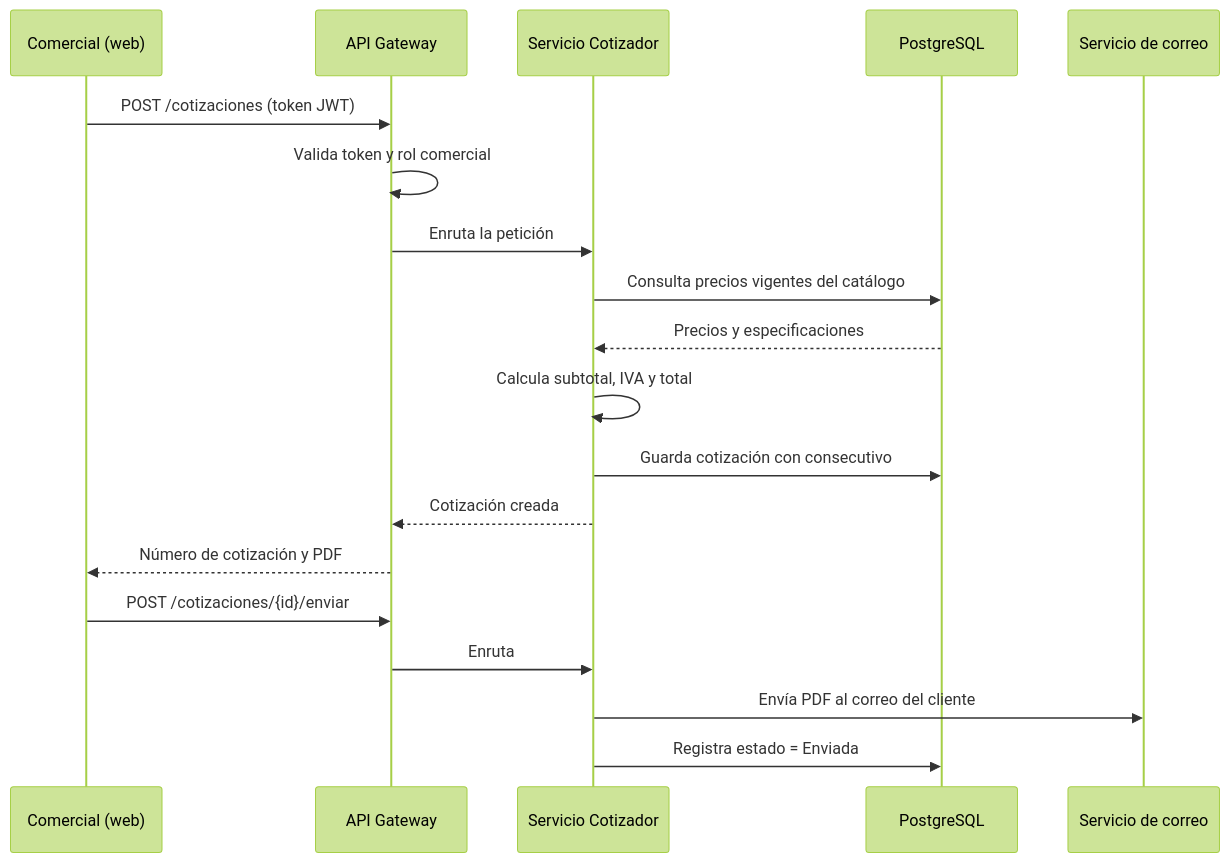
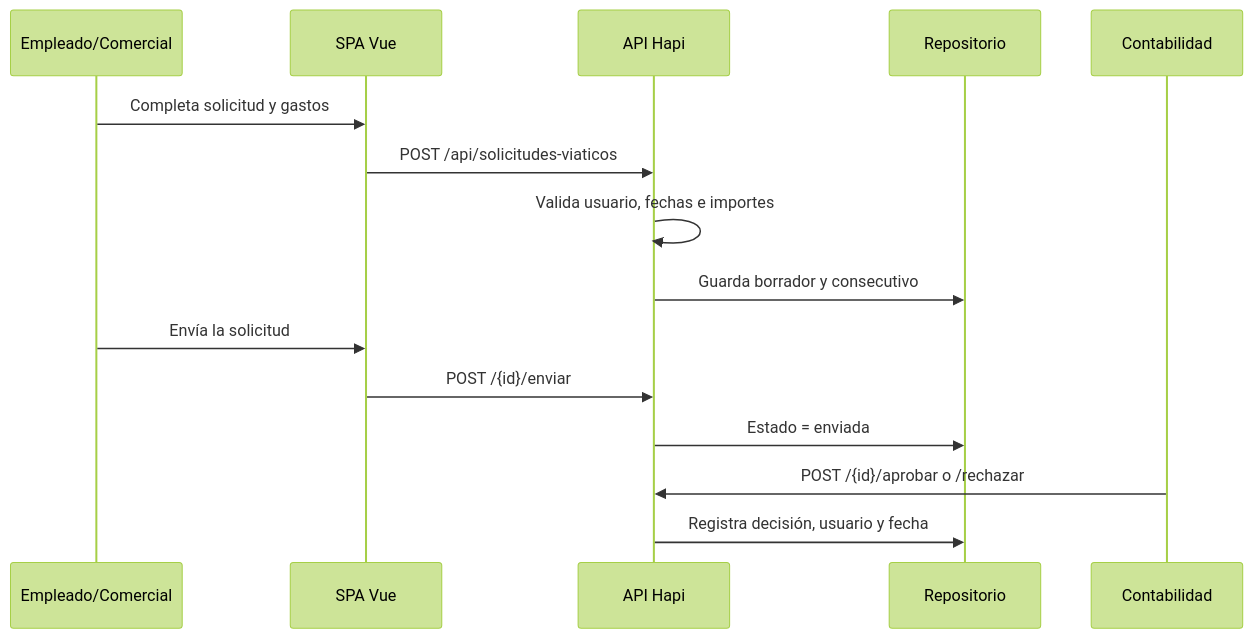
One commit to jdj40211/GalcoProyecto2 changed the second of 2 diagrams in docs/wiki/08-Arquitectura.md. Above: the diagram before and after it, drawn with Mermaid (forest theme). The commit also changed other lines of this file and 125 other files, not shown here.

````diff
--- a/docs/wiki/08-Arquitectura.md
+++ b/docs/wiki/08-Arquitectura.md
@@ -104,23 +69,17 @@
 ```mermaid
 sequenceDiagram
-    participant C as Comercial (web)
-    participant G as API Gateway
-    participant S as Servicio Cotizador
-    participant D as PostgreSQL
-    participant E as Servicio de correo
-
-    C->>G: POST /cotizaciones (token JWT)
-    G->>G: Valida token y rol comercial
-    G->>S: Enruta la petición
-    S->>D: Consulta precios vigentes del catálogo
-    D-->>S: Precios y especificaciones
-    S->>S: Calcula subtotal, IVA y total
-    S->>D: Guarda cotización con consecutivo
-    S-->>G: Cotización creada
-    G-->>C: Número de cotización y PDF
-
-    C->>G: POST /cotizaciones/{id}/enviar
-    G->>S: Enruta
-    S->>E: Envía PDF al correo del cliente
-    S->>D: Registra estado = Enviada
+    participant E as Empleado/Comercial
+    participant V as SPA Vue
+    participant A as API Hapi
+    participant R as Repositorio
+    participant C as Contabilidad
+    E->>V: Completa solicitud y gastos
+    V->>A: POST /api/solicitudes-viaticos
+    A->>A: Valida usuario, fechas e importes
+    A->>R: Guarda borrador y consecutivo
+    E->>V: Envía la solicitud
+    V->>A: POST /{id}/enviar
+    A->>R: Estado = enviada
+    C->>A: POST /{id}/aprobar o /rechazar
+    A->>R: Registra decisión, usuario y fecha
 ```
````
